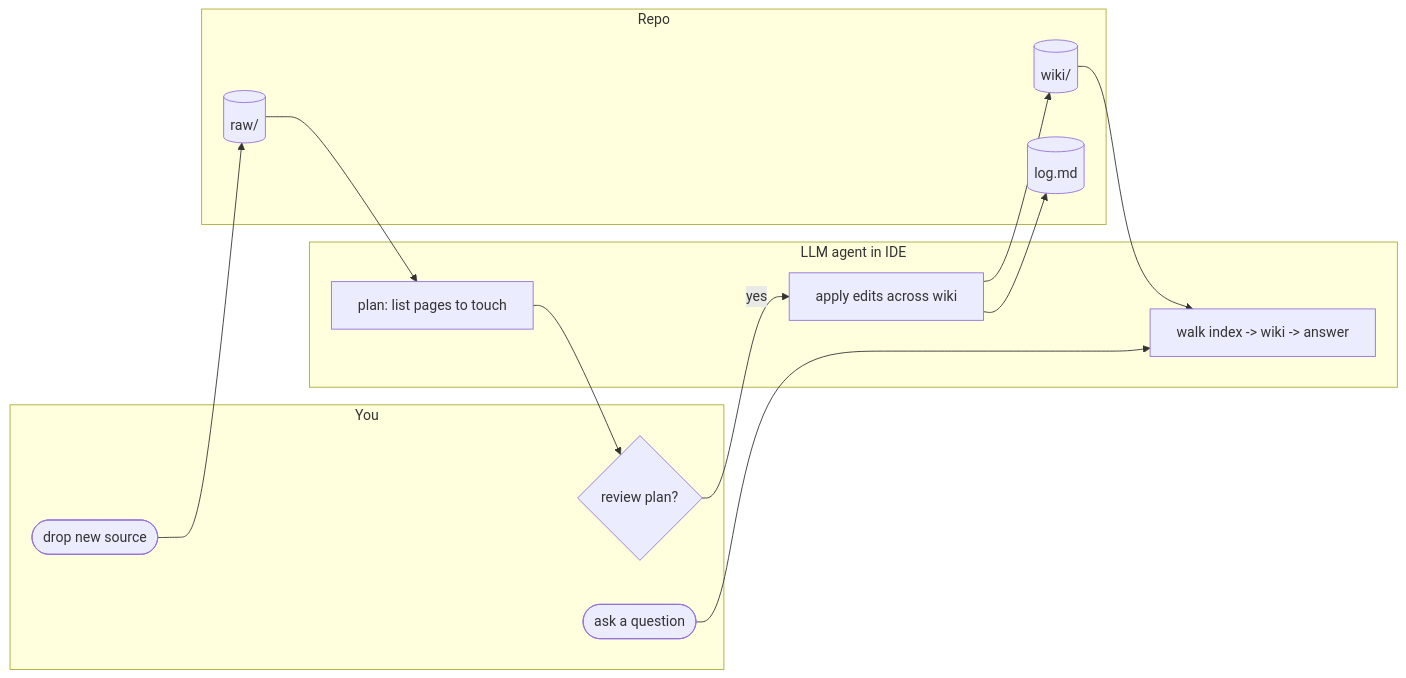
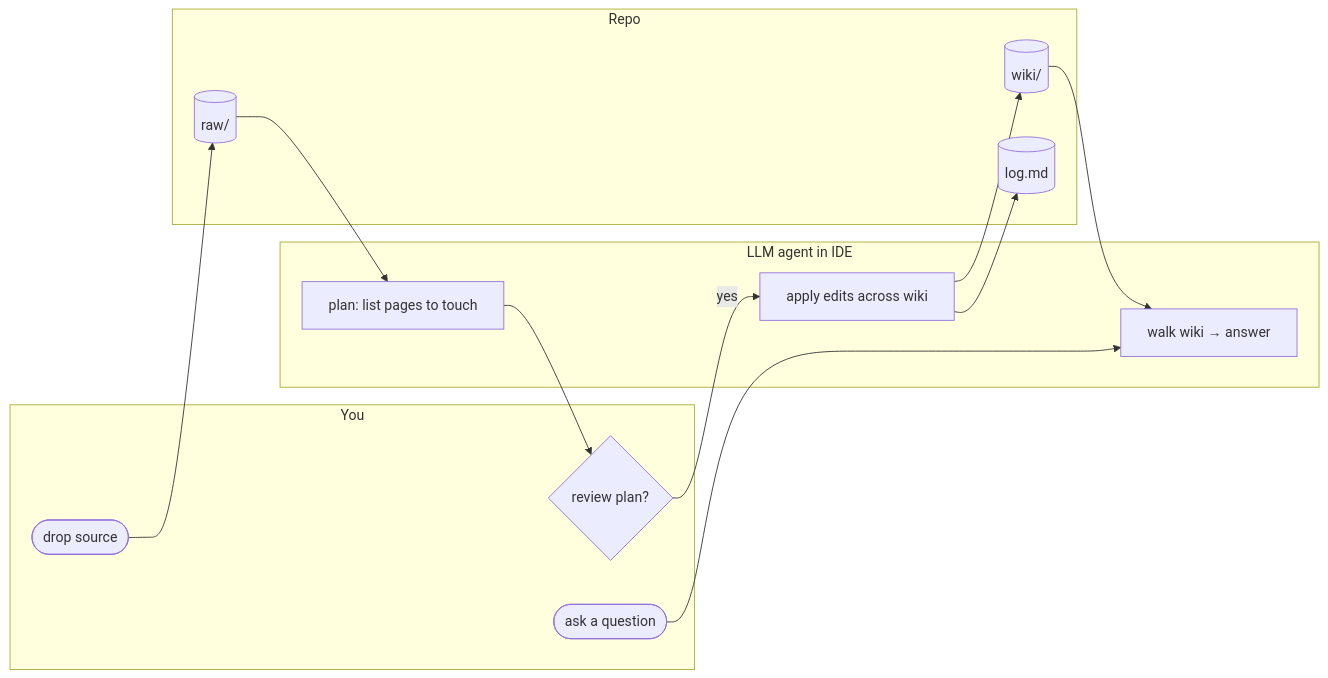
Before and after one commit to ycaptain/densa: the first of 2 diagrams in README.md, drawn with Mermaid. The commit also changed other lines of this file and 116 other files, not shown here.

````diff
--- a/README.md
+++ b/README.md
@@ -47,23 +26,23 @@
 ```mermaid
 flowchart LR
     subgraph human [You]
-        SRC([drop new source])
+        SRC([drop source])
         REV{review plan?}
         ASK([ask a question])
     end
     subgraph llm [LLM agent in IDE]
         PLAN[plan: list pages to touch]
         APPLY[apply edits across wiki]
-        ANS[walk index -> wiki -> answer]
+        ANS[walk wiki → answer]
     end
     subgraph repo [Repo]
         RAW[(raw/)]
         WIKI[(wiki/)]
         LOG[(log.md)]
     end
     SRC --> RAW --> PLAN --> REV
     REV -- yes --> APPLY --> WIKI
     APPLY --> LOG
     ASK --> ANS
     WIKI --> ANS
 ```
````
